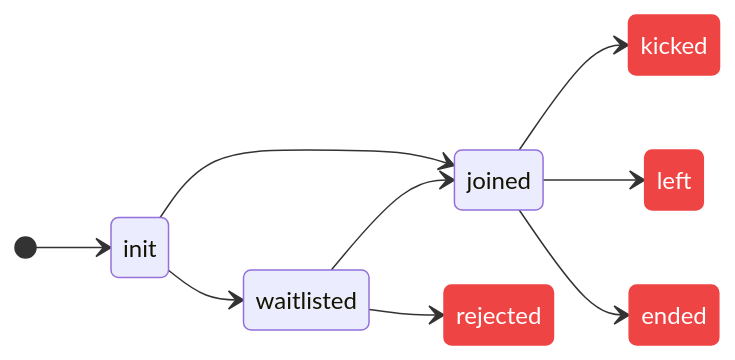
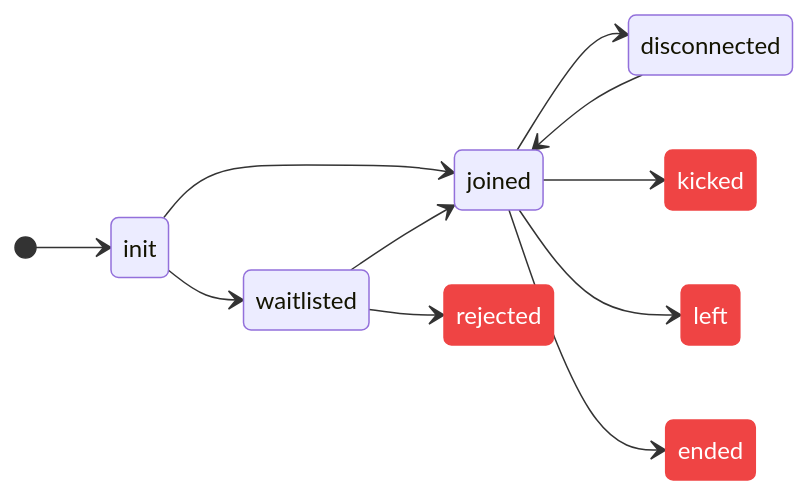
The first of 3 diagrams in docs/web-core/local-user/introduction.mdx (dyte-io/docs), drawn with Mermaid before and after one commit. The commit also changed other lines of this file and 3 other files, not shown here.

````diff
--- a/docs/web-core/local-user/introduction.mdx
+++ b/docs/web-core/local-user/introduction.mdx
@@ -53,16 +53,18 @@
 ```mermaid
 stateDiagram-v2
     direction LR
     classDef END fill:#ef4444,color:#fff,stroke:#ef4444;
 
     [*] --> init
     init --> joined
     init --> waitlisted
     waitlisted --> joined
     waitlisted --> rejected
+    joined --> disconnected
+    disconnected --> joined
     joined --> kicked
     joined --> left
     joined --> ended
 
     class kicked,left,ended,rejected END
 ```
````
